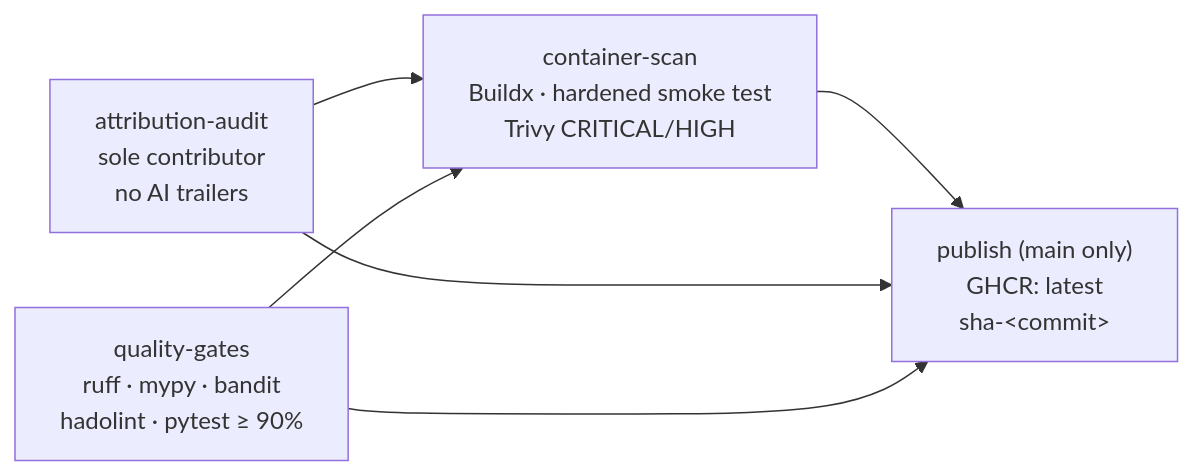
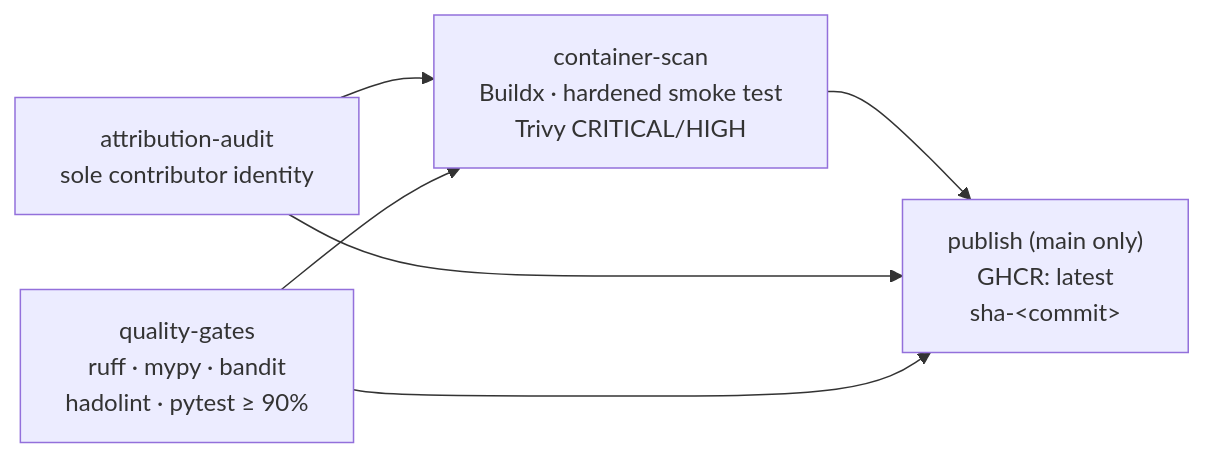
One commit to mikeZ98/agent-swarm-tui changed the fifth of 5 diagrams in README.md. Above: the diagram before and after it, drawn with Mermaid. The commit also changed other lines of this file and 6 other files, not shown here.

````diff
--- a/README.md
+++ b/README.md
@@ -453,13 +453,13 @@
 ```mermaid
 %%{init: {"flowchart": {"wrappingWidth": 360}}}%%
 flowchart LR
-    A["attribution-audit<br/>sole contributor<br/>no AI trailers"]
+    A["attribution-audit<br/>sole contributor identity"]
     Q["quality-gates<br/>ruff · mypy · bandit<br/>hadolint · pytest ≥ 90%"]
     C["container-scan<br/>Buildx · hardened smoke test<br/>Trivy CRITICAL/HIGH"]
     P["publish (main only)<br/>GHCR: latest<br/>sha-&lt;commit&gt;"]
     A --> C
     Q --> C
     C --> P
     A --> P
     Q --> P
 ```
````
